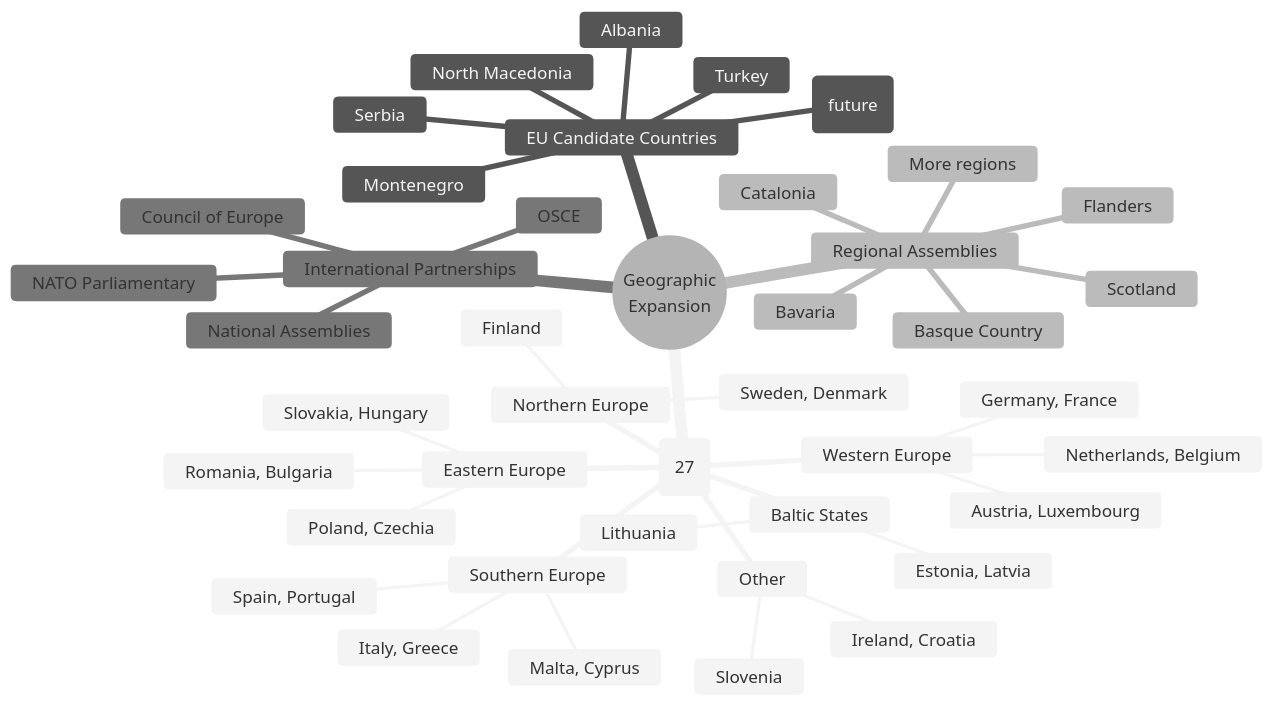
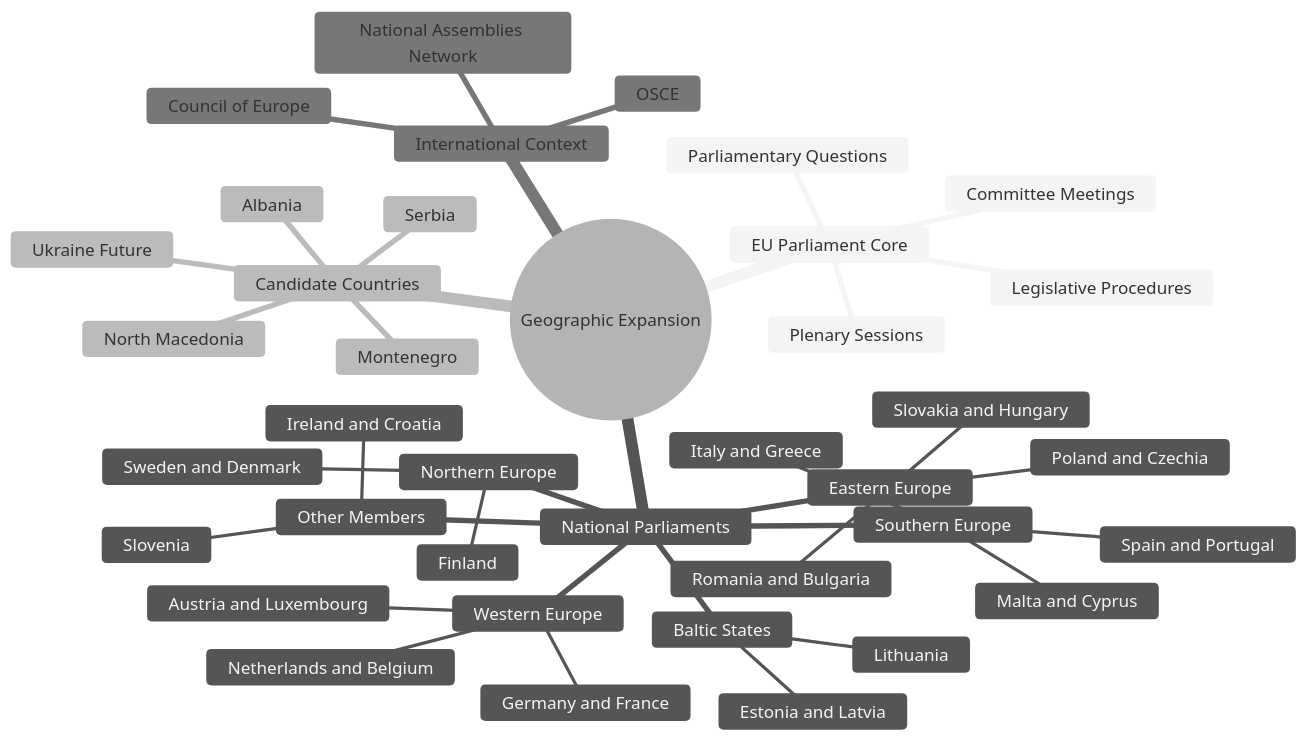
Before and after one commit to Hack23/euparliamentmonitor: the tenth of 15 diagrams in FUTURE_MINDMAP.md, drawn with Mermaid (neutral theme). The commit also changed other lines of this file and 5 other files, not shown here.

Commit message:
docs: rewrite FUTURE architecture portfolio for v2.0/v3.0 all-in-AWS vision

````diff
--- a/FUTURE_MINDMAP.md
+++ b/FUTURE_MINDMAP.md
@@ -651,48 +570,41 @@
 ```mermaid
 mindmap
-  root((Geographic<br/>Expansion))
-    EU Member States (27)
+  root((Geographic Expansion))
+    EU Parliament Core
+      Plenary Sessions
+      Committee Meetings
+      Parliamentary Questions
+      Legislative Procedures
+    National Parliaments
       Western Europe
-        Germany, France
-        Netherlands, Belgium
-        Austria, Luxembourg
+        Germany and France
+        Netherlands and Belgium
+        Austria and Luxembourg
       Southern Europe
-        Spain, Portugal
-        Italy, Greece
-        Malta, Cyprus
+        Spain and Portugal
+        Italy and Greece
+        Malta and Cyprus
       Northern Europe
-        Sweden, Denmark
+        Sweden and Denmark
         Finland
       Eastern Europe
-        Poland, Czechia
-        Slovakia, Hungary
-        Romania, Bulgaria
+        Poland and Czechia
+        Slovakia and Hungary
+        Romania and Bulgaria
       Baltic States
-        Estonia, Latvia
+        Estonia and Latvia
         Lithuania
-      Other
-        Ireland, Croatia
+      Other Members
+        Ireland and Croatia
         Slovenia
-
-    EU Candidate Countries
+    Candidate Countries
       Albania
       North Macedonia
       Montenegro
       Serbia
-      Turkey
-      Ukraine (future)
-
-    Regional Assemblies
-      Scotland
-      Catalonia
-      Flanders
-      Basque Country
-      Bavaria
-      More regions
-
-    International Partnerships
+      Ukraine Future
+    International Context
       Council of Europe
       OSCE
-      NATO Parliamentary
-      National Assemblies
+      National Assemblies Network
 ```
````
